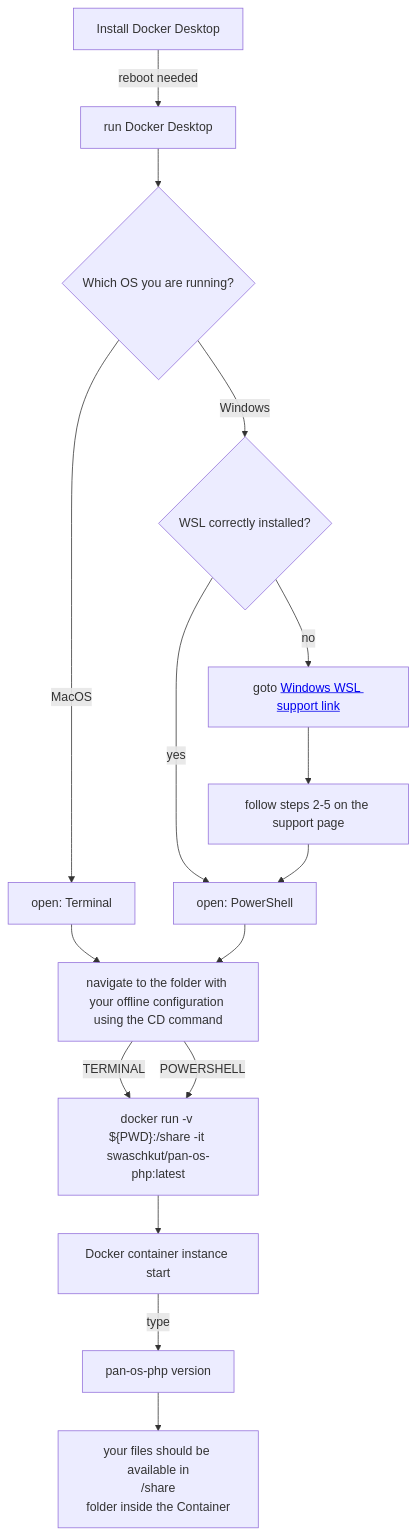
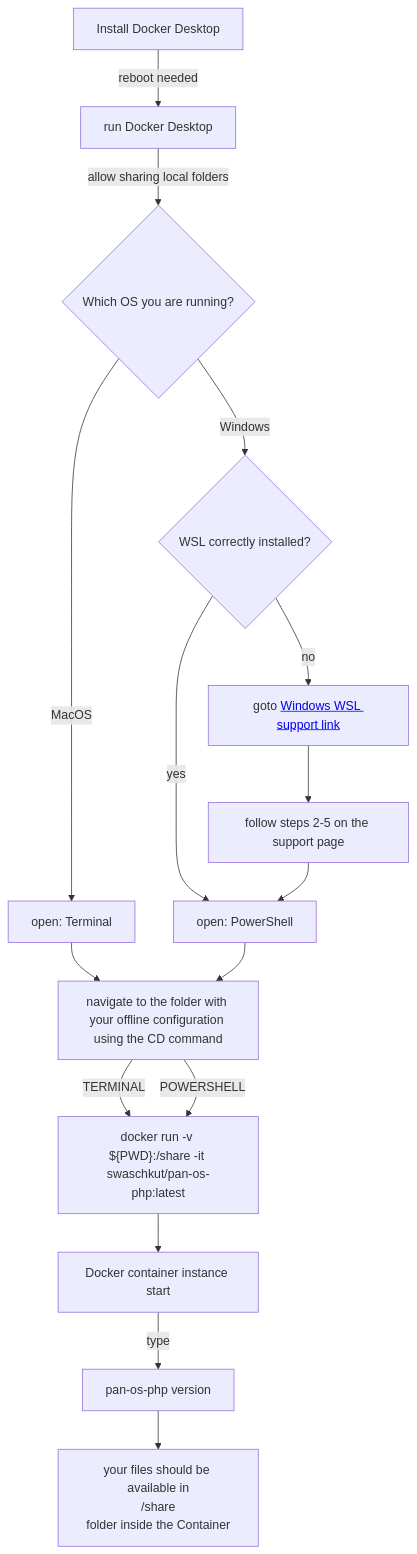
The diagram in READMEdocker.md (PaloAltoNetworks/pan-os-php), drawn with Mermaid before and after one commit.

````diff
--- a/READMEdocker.md
+++ b/READMEdocker.md
@@ -4,38 +4,39 @@
 ```mermaid
 graph TD
     
     
-    BB[Install Docker Desktop] -->|reboot needed| CC[run Docker Desktop]
-    CC --> CC1[which OS]
+    BB[Install Docker Desktop] -->|reboot needed| BB1
+    BB1[run Docker Desktop] -->|allow sharing local folders| CC1[which OS]
+    
     
     CC1{Which OS you are running?} -->|MacOS| B1[open: Terminal]
     CC1{Which OS you are running?} -->|Windows| C1[check Docker]
     
     
     B1 --> Z1[navigate to the folder with your offline configuration using the CD command]
        
  
     
     C1{WSL correctly installed?} -->|yes| F2[open: PowerShell]
     C1{WSL correctly installed?} -->|no| C3[goto <a href='https://docs.microsoft.com/en-gb/windows/wsl/install-manual'>Windows WSL support link</a>]
     
    
     
     C3 --> C7[follow steps 2-5 on the support page]    
     C7 --> F2[open: PowerShell]
 
    
    
     F2 --> Z1[navigate to the folder with your offline configuration using the CD command]
     
     
     Z1 -->|TERMINAL| K1["docker run -v ${PWD}:/share -it swaschkut/pan-os-php:latest"]
     Z1 -->|POWERSHELL| K1["docker run -v ${PWD}:/share -it swaschkut/pan-os-php:latest"]
     
   
     
     K1 --> K3[Docker container instance start]
     K3 -->|type| R[pan-os-php version]
     
     R --> S[your files should be available in<br />/share<br />folder inside the Container]
 ```
````
